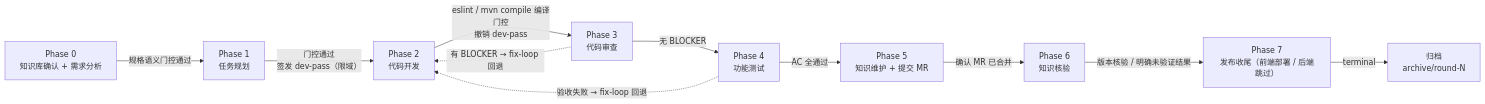
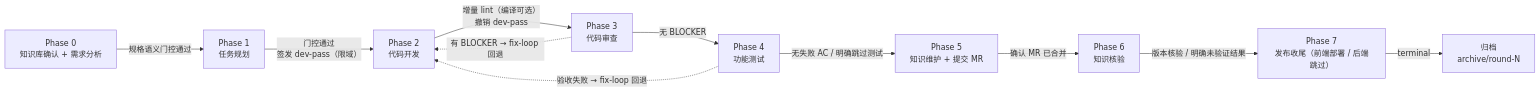
The first of 2 diagrams in README.md (AbyssPan/fullstackflow), drawn with Mermaid before and after one commit. The commit also changed other lines of this file and 22 other files, not shown here.

````diff
--- a/README.md
+++ b/README.md
@@ -49,14 +49,14 @@
 ```mermaid
 flowchart LR
     P0["Phase 0<br/>知识库确认 + 需求分析"] -->|"规格语义门控通过"| P1["Phase 1<br/>任务规划"]
     P1 -->|"门控通过<br/>签发 dev-pass（限域）"| P2["Phase 2<br/>代码开发"]
-    P2 -->|"eslint / mvn compile 编译门控<br/>撤销 dev-pass"| P3["Phase 3<br/>代码审查"]
+    P2 -->|"增量 lint（编译可选）<br/>撤销 dev-pass"| P3["Phase 3<br/>代码审查"]
     P3 -->|"无 BLOCKER"| P4["Phase 4<br/>功能测试"]
-    P4 -->|"AC 全通过"| P5["Phase 5<br/>知识维护 + 提交 MR"]
+    P4 -->|"无失败 AC / 明确跳过测试"| P5["Phase 5<br/>知识维护 + 提交 MR"]
     P5 -->|"确认 MR 已合并"| P6["Phase 6<br/>知识核验"]
     P6 -->|"版本核验 / 明确未验证结果"| P7["Phase 7<br/>发布收尾（前端部署 / 后端跳过）"]
     P7 -->|"terminal"| ARC["归档<br/>archive/round-N"]
 
     P3 -.->|"有 BLOCKER → fix-loop 回退"| P2
     P4 -.->|"验收失败 → fix-loop 回退"| P2
 ```
````
